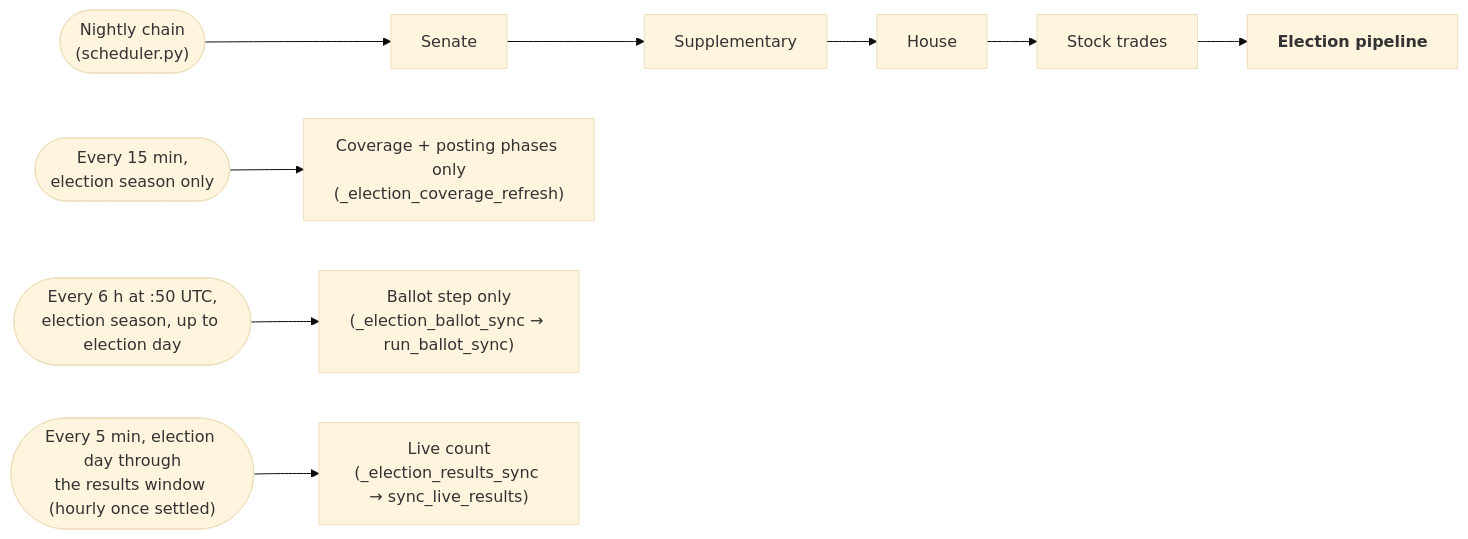
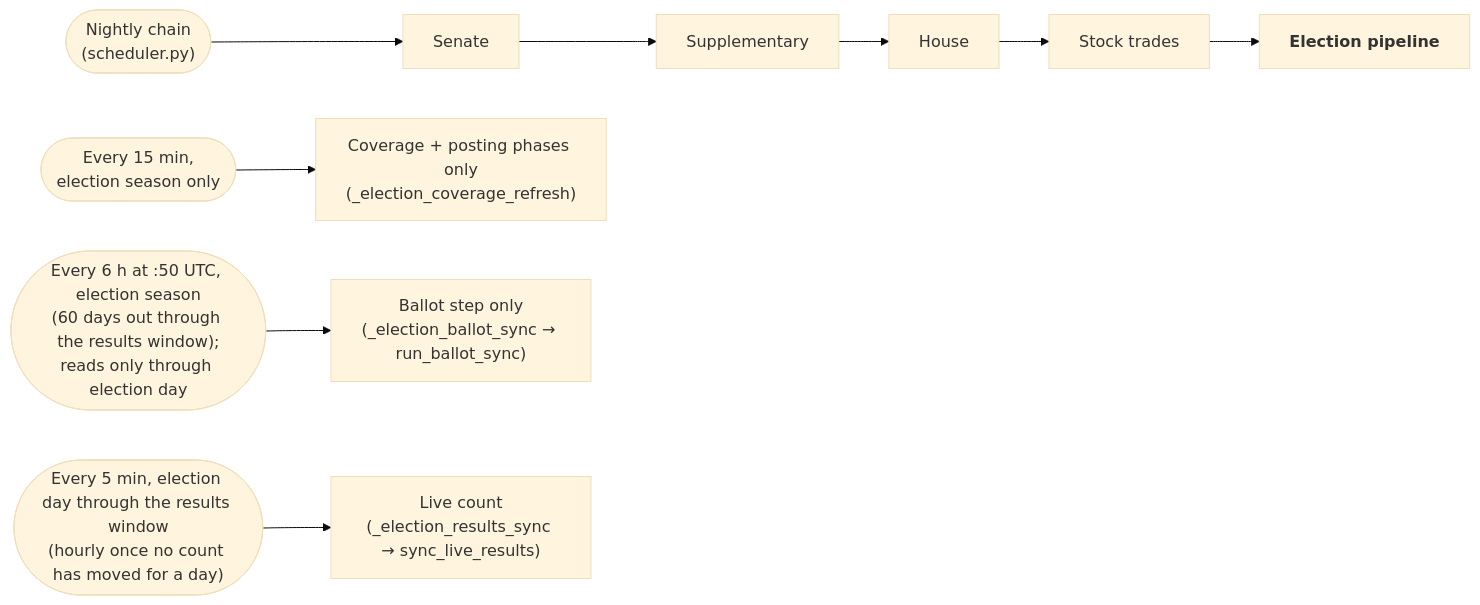
The first of 4 diagrams in docs/diagrams/10-elections.md (kamoras/civitas), drawn with Mermaid (base theme) before and after one commit. The commit also changed other lines of this file and 17 other files, not shown here.

````diff
--- a/docs/diagrams/10-elections.md
+++ b/docs/diagrams/10-elections.md
@@ -15,7 +15,7 @@
 ```mermaid
 flowchart LR
     NIGHTLY(["Nightly chain<br/>(scheduler.py)"]) --> SEN[Senate] --> SUP[Supplementary] --> HOUSE[House] --> STOCK[Stock trades] --> ELEC["<b>Election pipeline</b>"]
     QUARTER(["Every 15 min,<br/>election season only"]) --> COV["Coverage + posting phases only<br/>(_election_coverage_refresh)"]
-    SIX(["Every 6 h at :50 UTC,<br/>election season, up to election day"]) --> BAL["Ballot step only<br/>(_election_ballot_sync → run_ballot_sync)"]
-    FIVE(["Every 5 min, election day through<br/>the results window (hourly once settled)"]) --> RES["Live count<br/>(_election_results_sync → sync_live_results)"]
+    SIX(["Every 6 h at :50 UTC, election season<br/>(60 days out through the results window);<br/>reads only through election day"]) --> BAL["Ballot step only<br/>(_election_ballot_sync → run_ballot_sync)"]
+    FIVE(["Every 5 min, election day through the results window<br/>(hourly once no count has moved for a day)"]) --> RES["Live count<br/>(_election_results_sync → sync_live_results)"]
 ```
````
